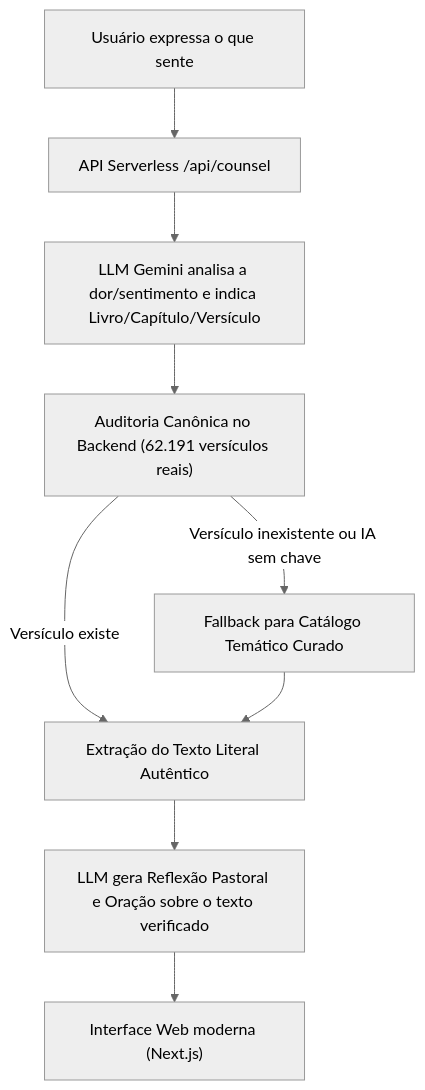
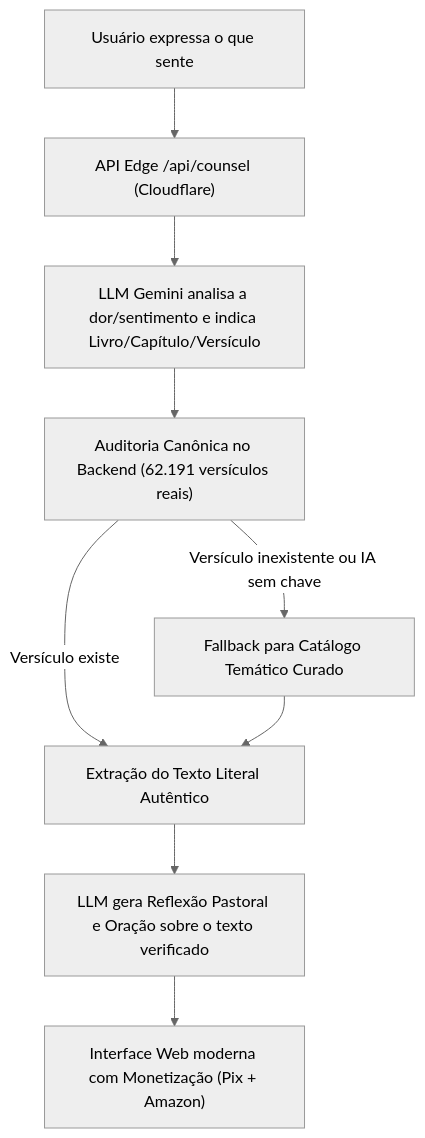
The diagram in README.md (cassioancn/palavra-viva), drawn with Mermaid (neutral theme) before and after one commit. The commit also changed other lines of this file and 9 other files, not shown here.

Commit message:
feat: add Cloudflare Pages edge runtime support and monetization channels (Pix, Amazon Affiliates, AdSense)

````diff
--- a/README.md
+++ b/README.md
@@ -26,11 +52,11 @@
 ```mermaid
 flowchart TD
-    A["Usuário expressa o que sente"] --> B["API Serverless /api/counsel"]
+    A["Usuário expressa o que sente"] --> B["API Edge /api/counsel (Cloudflare)"]
     B --> C["LLM Gemini analisa a dor/sentimento e indica Livro/Capítulo/Versículo"]
     C --> D["Auditoria Canônica no Backend (62.191 versículos reais)"]
     D -->|Versículo existe| E["Extração do Texto Literal Autêntico"]
     D -->|Versículo inexistente ou IA sem chave| F["Fallback para Catálogo Temático Curado"]
     F --> E
     E --> G["LLM gera Reflexão Pastoral e Oração sobre o texto verificado"]
-    G --> H["Interface Web moderna (Next.js)"]
+    G --> H["Interface Web moderna com Monetização (Pix + Amazon)"]
 ```
````
